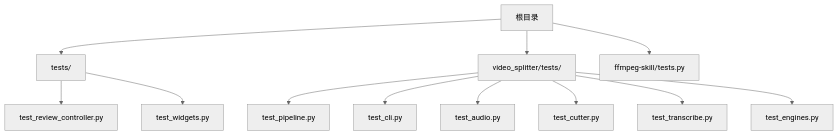
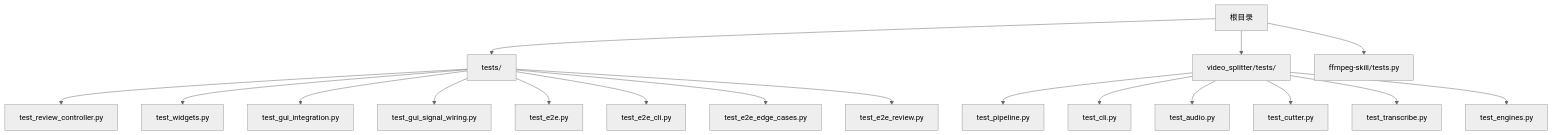
One commit to boyingliu01/VideoSplitter changed the first of 7 diagrams in .qoder/repowiki/zh/content/测试与质量保证/测试策略与框架.md. Above: the diagram before and after it, drawn with Mermaid (neutral theme). The commit also changed other lines of this file and 147 other files, not shown here.

````diff
--- a/.qoder/repowiki/zh/content/测试与质量保证/测试策略与框架.md
+++ b/.qoder/repowiki/zh/content/测试与质量保证/测试策略与框架.md
@@ -41,14 +56,20 @@
 ```mermaid
 graph TB
 A["根目录"] --> B["tests/"]
 A --> C["video_splitter/tests/"]
 A --> D["ffmpeg-skill/tests.py"]
 B --> B1["test_review_controller.py"]
 B --> B2["test_widgets.py"]
+B --> B3["test_gui_integration.py"]
+B --> B4["test_gui_signal_wiring.py"]
+B --> B5["test_e2e.py"]
+B --> B6["test_e2e_cli.py"]
+B --> B7["test_e2e_edge_cases.py"]
+B --> B8["test_e2e_review.py"]
 C --> C1["test_pipeline.py"]
 C --> C2["test_cli.py"]
 C --> C3["test_audio.py"]
 C --> C4["test_cutter.py"]
 C --> C5["test_transcribe.py"]
 C --> C6["test_engines.py"]
 ```
````
